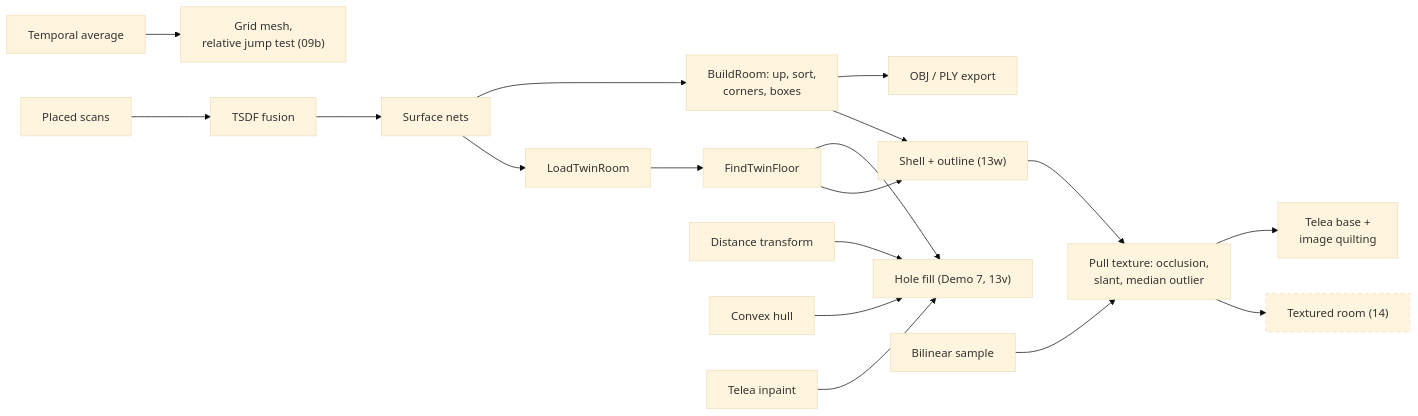
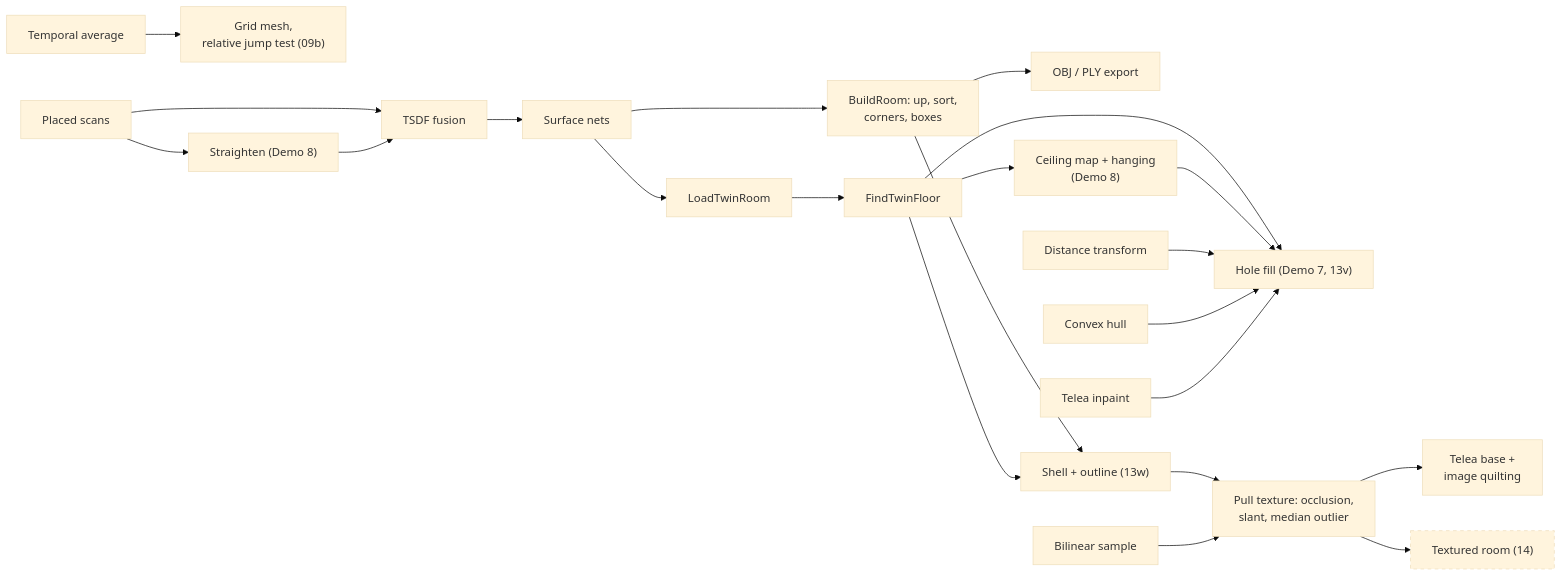
The fifth of 6 diagrams in docs/algorithms.md (Kramav/Spotter), drawn with Mermaid (base theme) before and after one commit. The commit also changed other lines of this file and 21 other files, not shown here.

````diff
--- a/docs/algorithms.md
+++ b/docs/algorithms.md
@@ -183,21 +184,23 @@
 ```mermaid
 flowchart LR
     avg["Temporal average"] --> grid["Grid mesh,<br/>relative jump test (09b)"]
     place["Placed scans"] --> tsdf["TSDF fusion"]
+    place --> straight["Straighten (Demo 8)"] --> tsdf
     tsdf --> nets["Surface nets"]
     nets --> build["BuildRoom: up, sort,<br/>corners, boxes"]
     build --> obj["OBJ / PLY export"]
     nets --> twin["LoadTwinRoom"]
     twin --> floor["FindTwinFloor"]
     floor --> fill["Hole fill (Demo 7, 13v)"]
+    floor --> cmap["Ceiling map + hanging<br/>(Demo 8)"] --> fill
     dt["Distance transform"] --> fill
     hull["Convex hull"] --> fill
     telea["Telea inpaint"] --> fill
     build --> shell["Shell + outline (13w)"]
     floor --> shell
     shell --> tex["Pull texture: occlusion,<br/>slant, median outlier"]
     bil["Bilinear sample"] --> tex
     tex --> quilt["Telea base +<br/>image quilting"]
     tex --> t14["Textured room (14)"]:::planned
     classDef planned stroke-dasharray: 5 5
 ```
````
